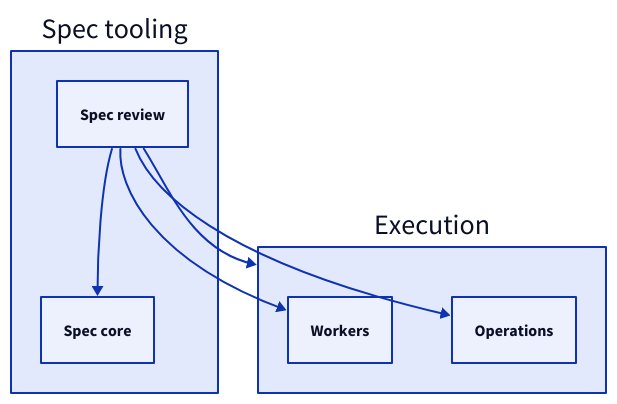
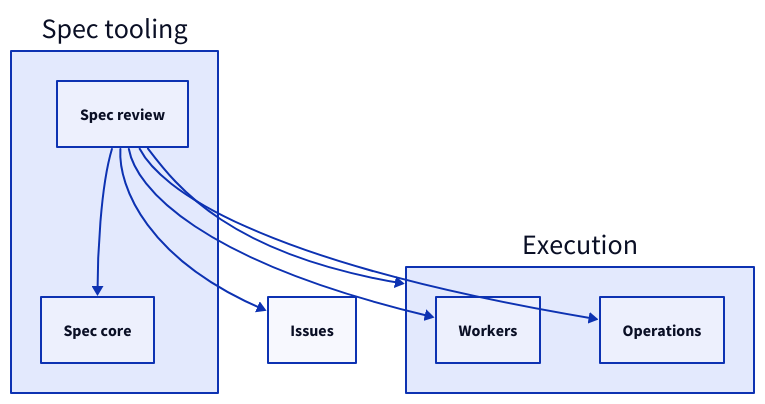
One commit to FTOD/concorde changed the fifth of 5 diagrams in specs/concorde/spec-tooling/spec-review/module.md. Above: the diagram before and after it, drawn with D2. The commit also changed other lines of this file and 28 other files, not shown here.

First line of the commit message:
Report review findings as Issues and add architects to spec_panel

````diff
--- a/specs/concorde/spec-tooling/spec-review/module.md
+++ b/specs/concorde/spec-tooling/spec-review/module.md
@@ -327,14 +348,16 @@
 ```d2
 tooling: Spec tooling {
   review: Spec review
   core: Spec core
   review -> core
 }
 execution: Execution {
   workers: Workers
   operations: Operations
 }
+issues: Issues
 tooling.review -> execution.workers
 tooling.review -> execution.operations
 tooling.review -> execution
+tooling.review -> issues
 ```
````
